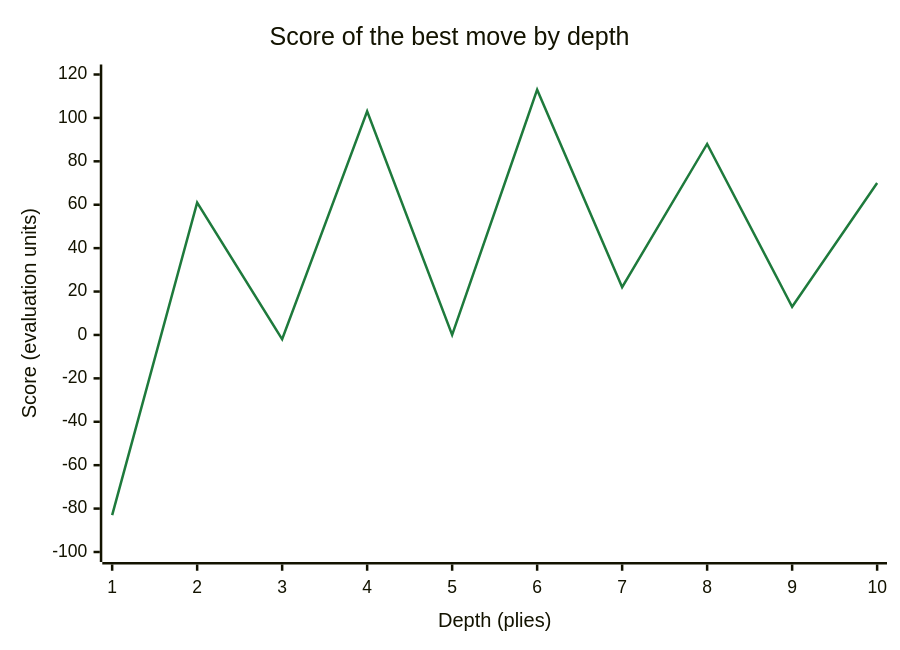
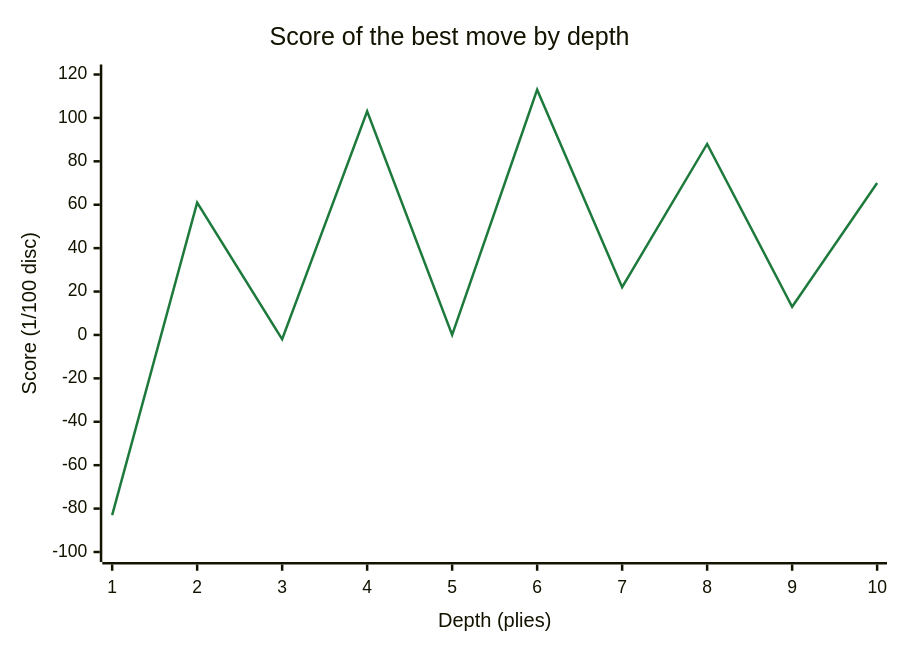
One commit to cjp-dev/Stello changed the third of 3 diagrams in docs/brain/06-midgame-search.md. Above: the diagram before and after it, drawn with Mermaid. The commit also changed other lines of this file and 12 other files, not shown here.

````diff
--- a/docs/brain/06-midgame-search.md
+++ b/docs/brain/06-midgame-search.md
@@ -189,8 +199,8 @@
 ```mermaid
 %%{init: {"themeVariables": {"xyChart": {"plotColorPalette": "#1e7a3c"}}}}%%
 xychart-beta
     title "Score of the best move by depth"
     x-axis "Depth (plies)" [1, 2, 3, 4, 5, 6, 7, 8, 9, 10]
-    y-axis "Score (evaluation units)" -100 --> 120
+    y-axis "Score (1/100 disc)" -100 --> 120
     line [-83, 61, -2, 103, 0, 113, 22, 88, 13, 70]
 ```
````
